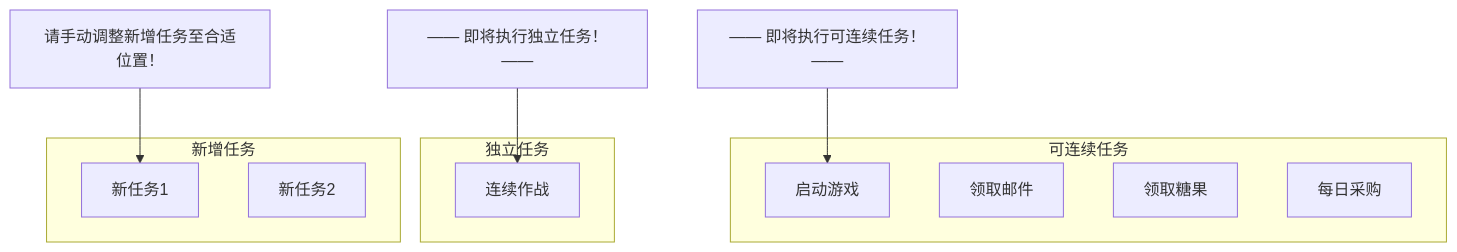
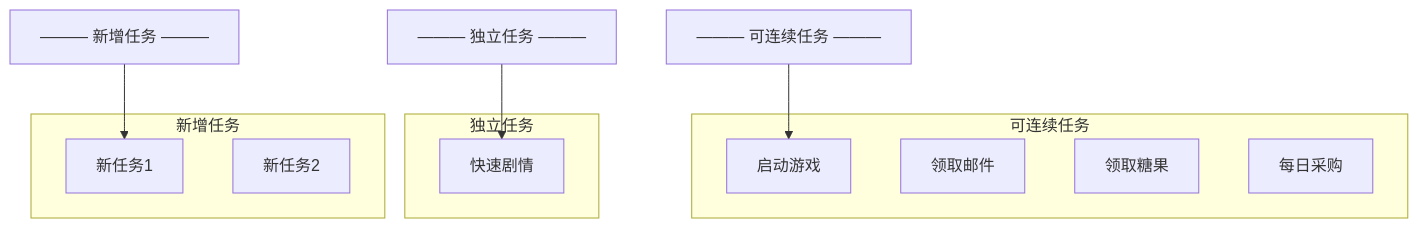
The second of 3 diagrams in .qoder/repowiki/zh/content/系统架构与设计/配置体系与资源管理/界面接口配置/任务列表配置/任务列表配置.md (kqcoxn/MaaDuDuL), drawn with Mermaid before and after one commit. The commit also changed other lines of this file and 18 other files, not shown here.

````diff
--- a/.qoder/repowiki/zh/content/系统架构与设计/配置体系与资源管理/界面接口配置/任务列表配置/任务列表配置.md
+++ b/.qoder/repowiki/zh/content/系统架构与设计/配置体系与资源管理/界面接口配置/任务列表配置/任务列表配置.md
@@ -142,19 +151,19 @@
 ```mermaid
 graph TB
 subgraph "可连续任务"
 A[启动游戏]
 B[领取邮件]
 C[领取糖果]
 D[每日采购]
 end
 subgraph "独立任务"
-E[连续作战]
+E[快速剧情]
 end
 subgraph "新增任务"
 F[新任务1]
 G[新任务2]
 end
-Separator1["—— 即将执行可连续任务！——"] --> A
-Separator2["—— 即将执行独立任务！——"] --> E
-Separator3["请手动调整新增任务至合适位置！"] --> F
+Separator1["——— 可连续任务 ———"] --> A
+Separator2["——— 独立任务 ———"] --> E
+Separator3["——— 新增任务 ———"] --> F
 ```
````
